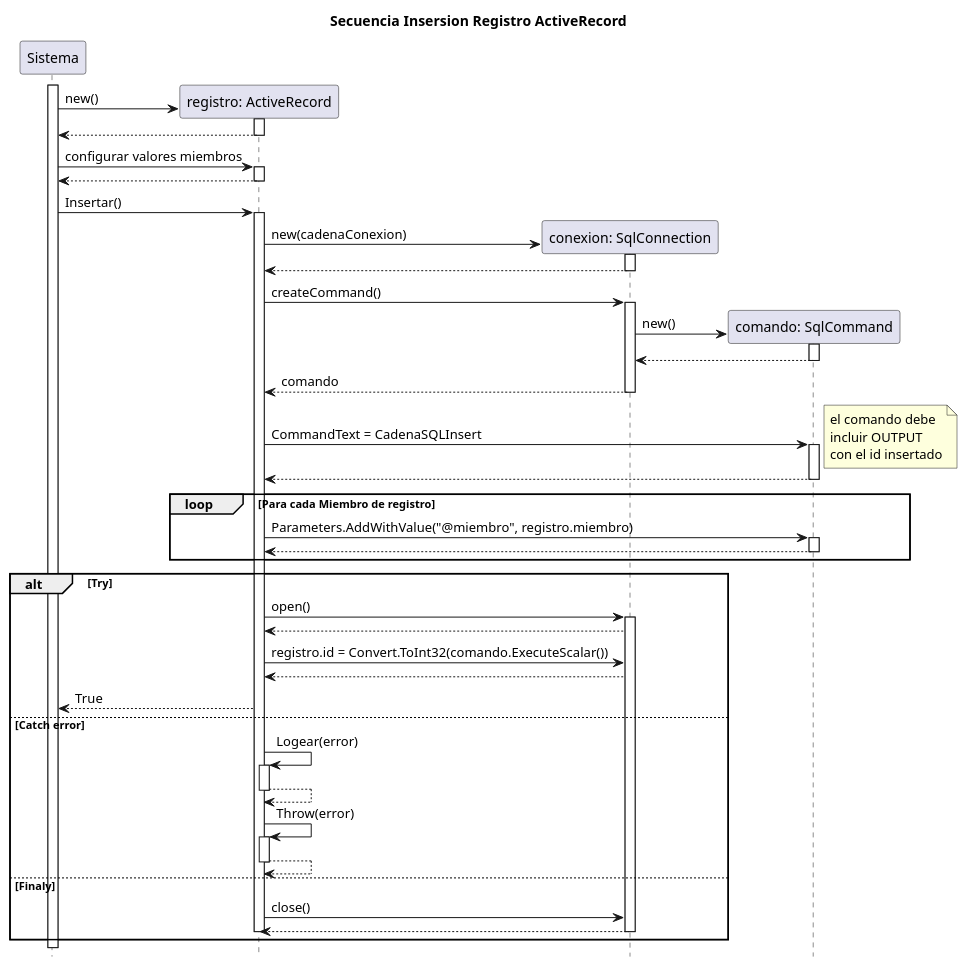
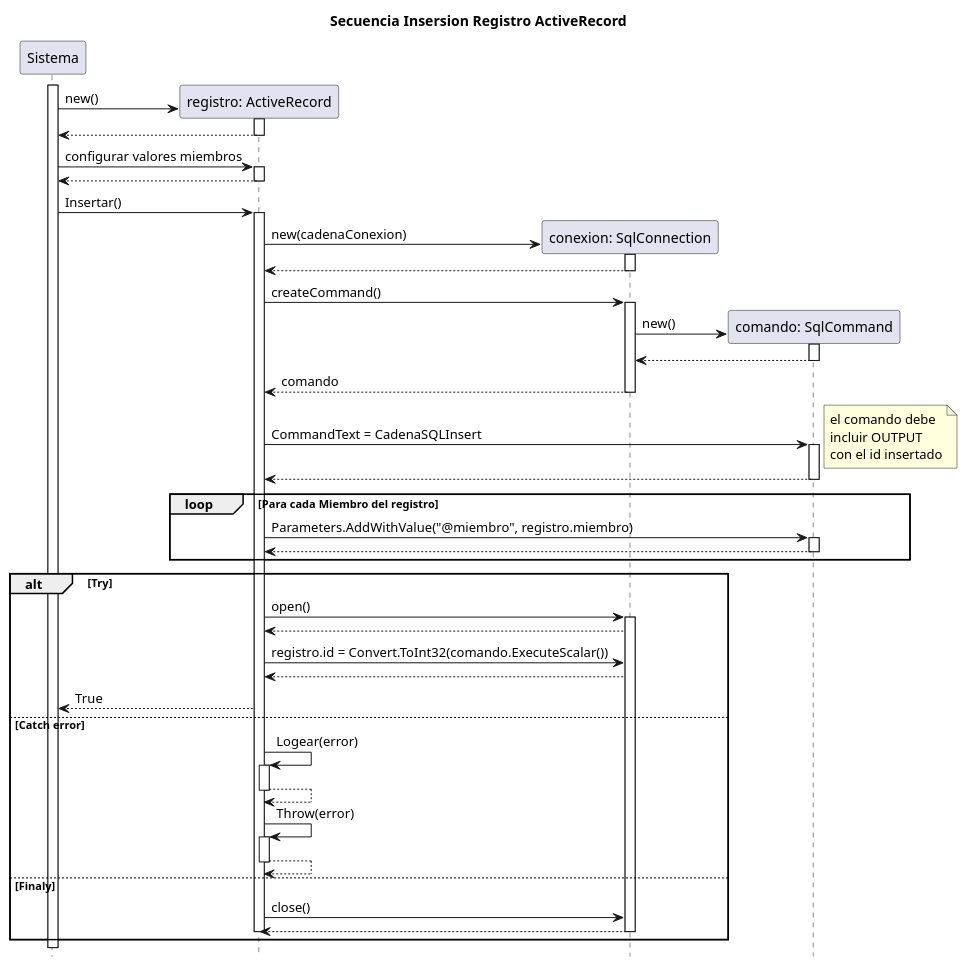
Before and after one commit to HoracioSerrano/SolucionEnterpriseMonolitica: the diagram in PlantUML/Diagramas de Secuencia/InsersionActiveRecord.plantuml, drawn with PlantUML. The commit also changed 1 other file, not shown here.

```diff
--- a/PlantUML/Diagramas de Secuencia/InsersionActiveRecord.plantuml
+++ b/PlantUML/Diagramas de Secuencia/InsersionActiveRecord.plantuml
@@ -1,52 +1,52 @@
 @startuml Sequencia Lectura ActiveRecord
     title "Secuencia Insersion Registro ActiveRecord"
     hide footbox
     participant "Sistema" as sis 
     participant "registro: ActiveRecord" as reg
     participant "conexion: SqlConnection" as con
     participant "comando: SqlCommand" as cmd
 
   
     activate sis
     create reg
     sis -> reg++: new()
     sis <-- reg--
     sis -> reg++: configurar valores miembros
     sis <-- reg--
     sis -> reg++: Insertar()
     create con
     reg -> con++: new(cadenaConexion)
     reg <-- con--
     reg -> con++: createCommand()
     create cmd
     con -> cmd++: new()
     con <-- cmd--
     reg <-- con--: comando
     reg -> cmd++: CommandText = CadenaSQLInsert
     note right: el comando debe\nincluir OUTPUT\ncon el id insertado 
     reg <-- cmd--
-    loop Para cada Miembro de registro
+    loop Para cada Miembro del registro
         reg -> cmd++: Parameters.AddWithValue("@miembro", registro.miembro)
         reg <-- cmd--       
     end   
 
     alt Try
         reg -> con++: open()
         reg <-- con
         reg -> con: registro.id = Convert.ToInt32(comando.ExecuteScalar())
         reg <-- con
         sis <-- reg: True
     else Catch error
         reg -> reg++: Logear(error)
         reg --> reg--
         reg -> reg++: Throw(error)
         reg --> reg--
     else Finaly
         reg -> con: close()
         reg <-- con--
         deactivate reg
     end
 
 
     
 @enduml
```
